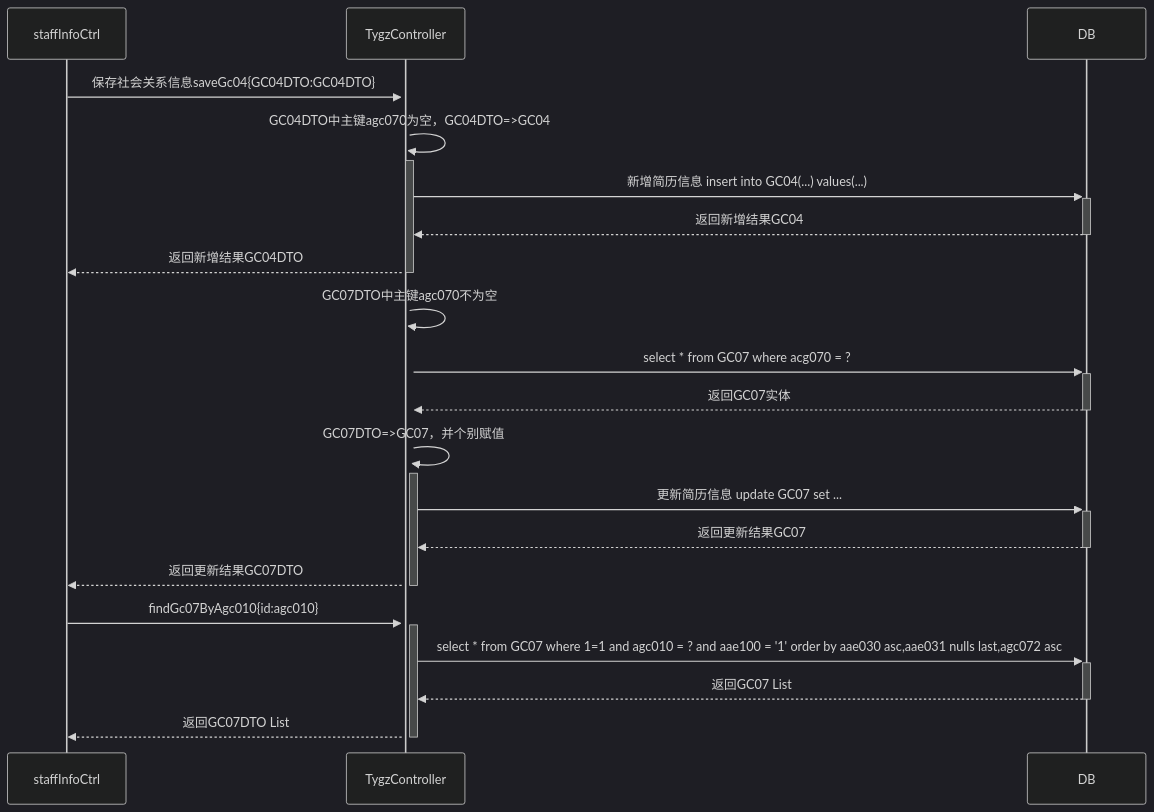
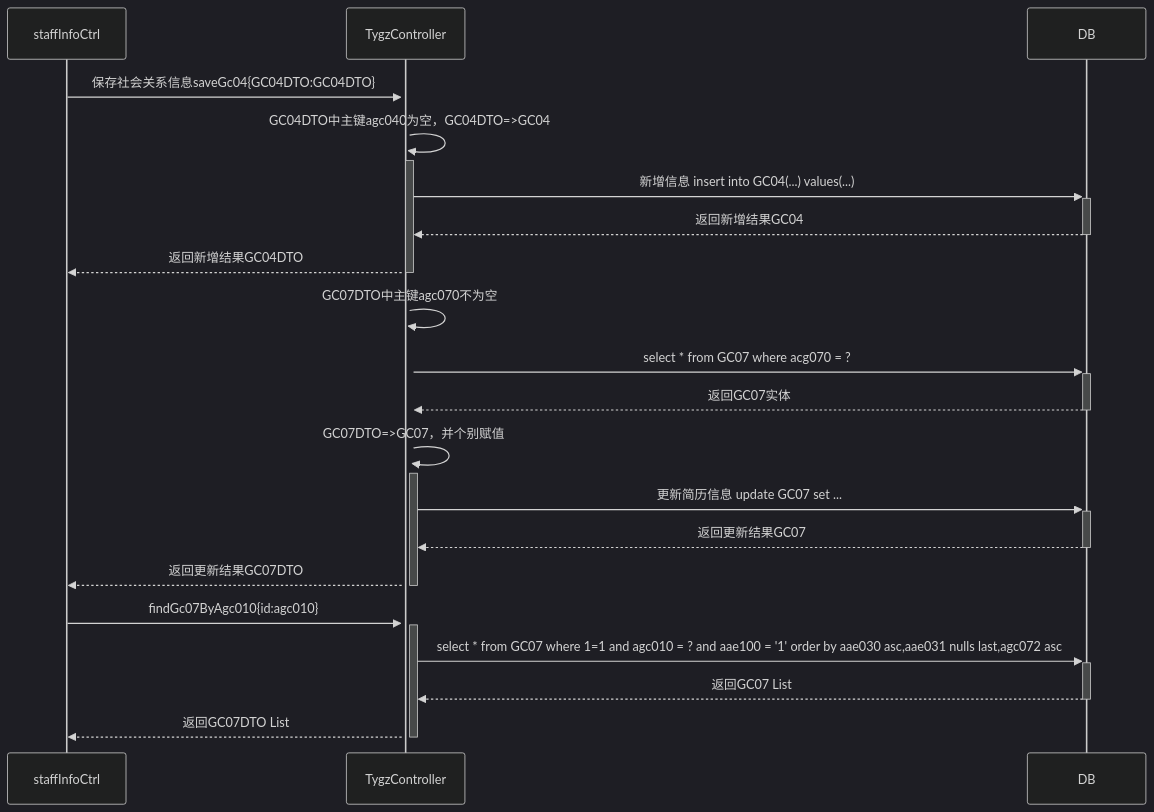
Before and after one commit to ZhangJianBeiJing/iodraw-files: the diagram in all/未命名.md, drawn with Mermaid (dark theme).

Commit message:
2025-03-25 17:32:44 update

````diff
--- a/all/未命名.md
+++ b/all/未命名.md
@@ -1,22 +1,22 @@
 ```mermaid
 sequenceDiagram
     staffInfoCtrl->>+TygzController:保存社会关系信息saveGc04{GC04DTO:GC04DTO}
-    TygzController->>+TygzController:GC04DTO中主键agc070为空，GC04DTO=>GC04
-    TygzController->>+DB:新增简历信息 insert into GC04(...) values(...)
+    TygzController->>+TygzController:GC04DTO中主键agc040为空，GC04DTO=>GC04
+    TygzController->>+DB:新增信息 insert into GC04(...) values(...)
     DB-->>-TygzController:返回新增结果GC04
     TygzController-->>-staffInfoCtrl:返回新增结果GC04DTO
     TygzController->>+TygzController:GC07DTO中主键agc070不为空
     TygzController->>+DB:select * from GC07 where acg070 = ?
     DB-->>-TygzController:返回GC07实体
     TygzController->>+TygzController:GC07DTO=>GC07，并个别赋值
     TygzController->>+DB:更新简历信息 update GC07 set ...
     DB-->>-TygzController:返回更新结果GC07
     TygzController-->>-staffInfoCtrl:返回更新结果GC07DTO
 
     staffInfoCtrl->>+TygzController:findGc07ByAgc010{id:agc010}
     TygzController->>+DB:select * from GC07 where 1=1 and agc010 = ? and aae100 = '1' order by aae030 asc,aae031 nulls last,agc072 asc 
     DB-->>-TygzController:返回GC07 List
     TygzController-->>-staffInfoCtrl:返回GC07DTO List
             
             
 ```
````
